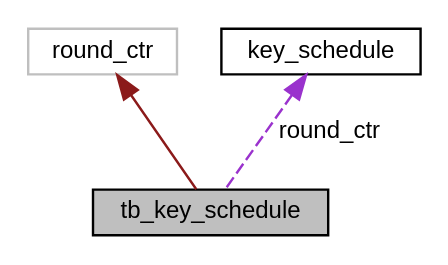
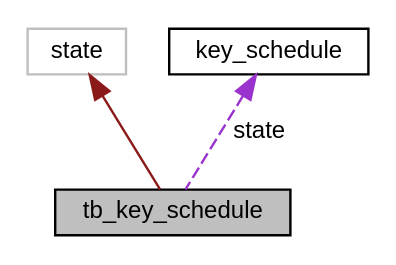
The diagram in d8/d41/enumtb__key__schedule__coll__graph.dot (FlorianFrank/SPECK_Cipher_Verilog), drawn with Graphviz before and after one commit. The commit also changed 95 other files, not shown here.

```diff
--- a/d8/d41/enumtb__key__schedule__coll__graph.dot
+++ b/d8/d41/enumtb__key__schedule__coll__graph.dot
@@ -1,11 +1,11 @@
 digraph "tb_key_schedule"
 {
  // INTERACTIVE_SVG=YES
   edge [fontname="Helvetica",fontsize="10",labelfontname="Helvetica",labelfontsize="10"];
   node [fontname="Helvetica",fontsize="10",shape=record];
   Node2 [label="tb_key_schedule",height=0.2,width=0.4,color="black", fillcolor="grey75", style="filled", fontcolor="black"];
   Node3 -> Node2 [dir="back",color="firebrick4",fontsize="10",style="solid",fontname="Helvetica"];
-  Node3 [label="round_ctr",height=0.2,width=0.4,color="grey75", fillcolor="white", style="filled"];
-  Node4 -> Node2 [dir="back",color="darkorchid3",fontsize="10",style="dashed",label=" round_ctr" ,fontname="Helvetica"];
+  Node3 [label="state",height=0.2,width=0.4,color="grey75", fillcolor="white", style="filled"];
+  Node4 -> Node2 [dir="back",color="darkorchid3",fontsize="10",style="dashed",label=" state" ,fontname="Helvetica"];
   Node4 [label="key_schedule",height=0.2,width=0.4,color="black", fillcolor="white", style="filled",URL="$d4/daf/enumkey__schedule.html"];
 }
```
